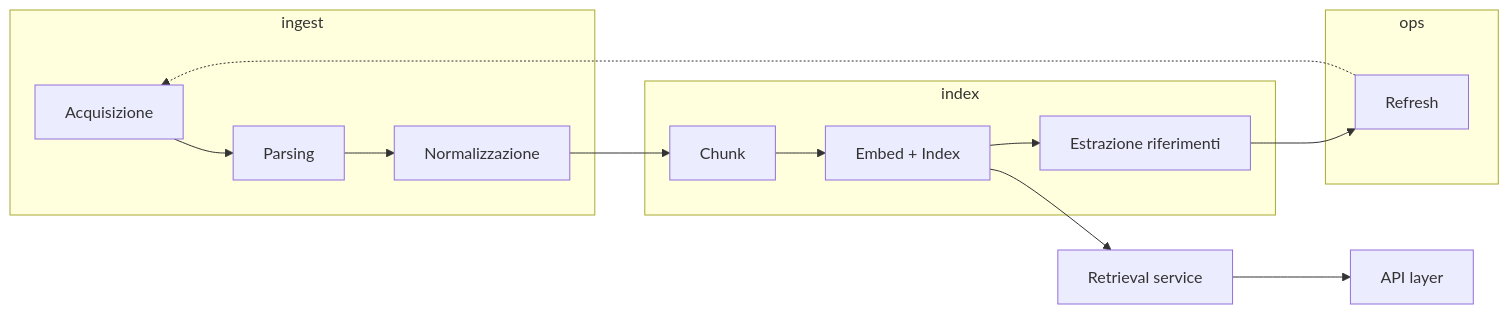
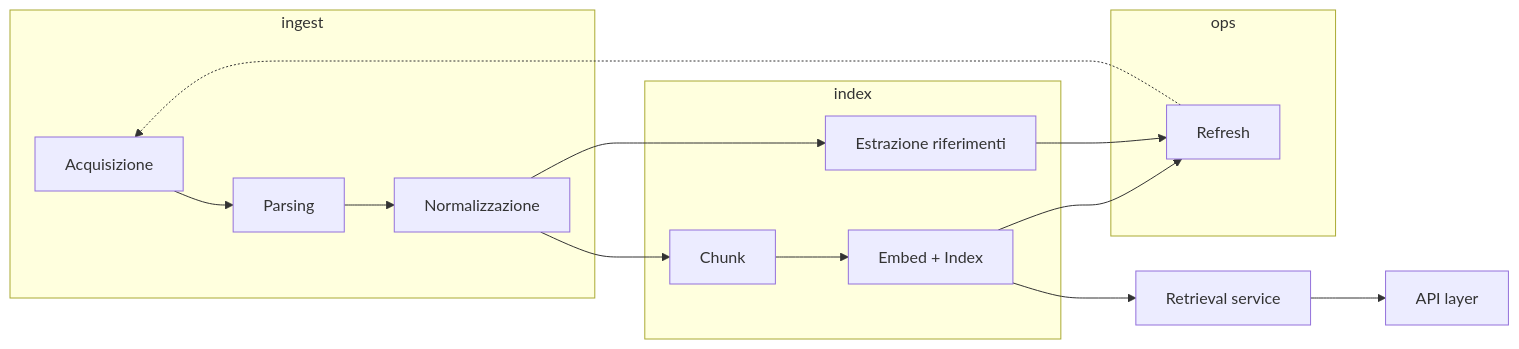
One commit to Italian-Builders-Org/magistra changed the diagram in knowledge/modello-dati/pipeline/index.md. Above: the diagram before and after it, drawn with Mermaid. The commit also changed 2 other files, not shown here.

Commit message:
docs: allinea diagrammi pipeline a estrazione parallela
Estrazione riferimenti parte da normalizzazione, non da embed.
Aggiornati index.md, pipeline-trasformazione.md e panoramica.

````diff
--- a/knowledge/modello-dati/pipeline/index.md
+++ b/knowledge/modello-dati/pipeline/index.md
@@ -15,18 +15,19 @@
 ```mermaid
 flowchart LR
   subgraph ingest
     A[Acquisizione] --> B[Parsing]
     B --> C[Normalizzazione]
   end
   subgraph index
     C --> D[Chunk]
     D --> E[Embed + Index]
-    E --> F[Estrazione riferimenti]
+    C --> F[Estrazione riferimenti]
   end
   subgraph ops
-    F --> G[Refresh]
+    E --> G[Refresh]
+    F --> G
     G -.-> A
   end
   E --> R[Retrieval service]
   R --> API[API layer]
 ```
````
